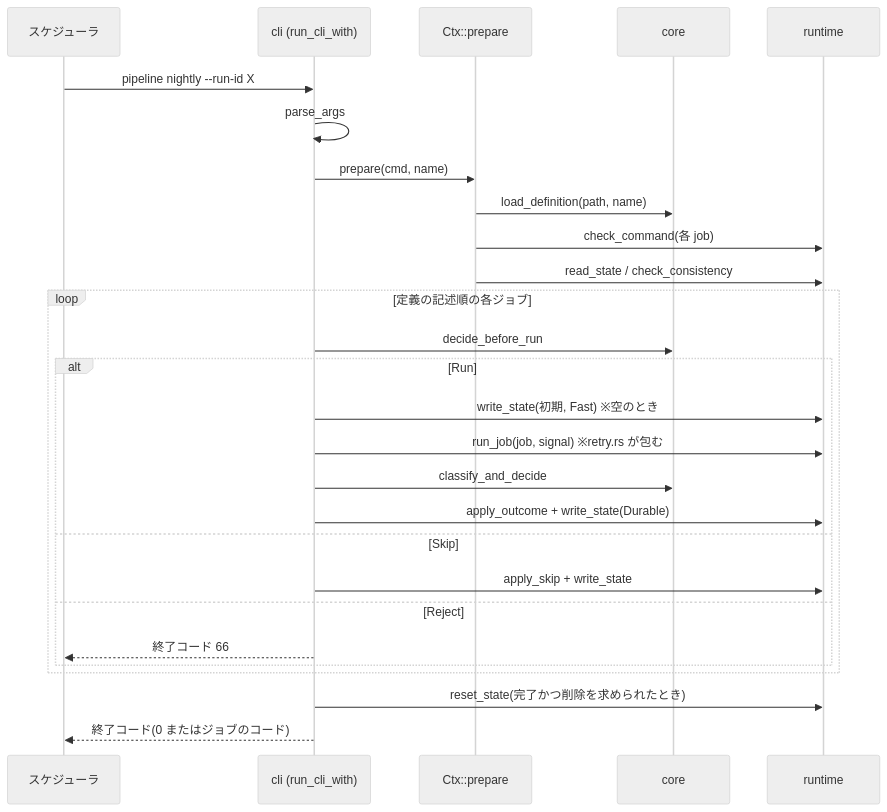
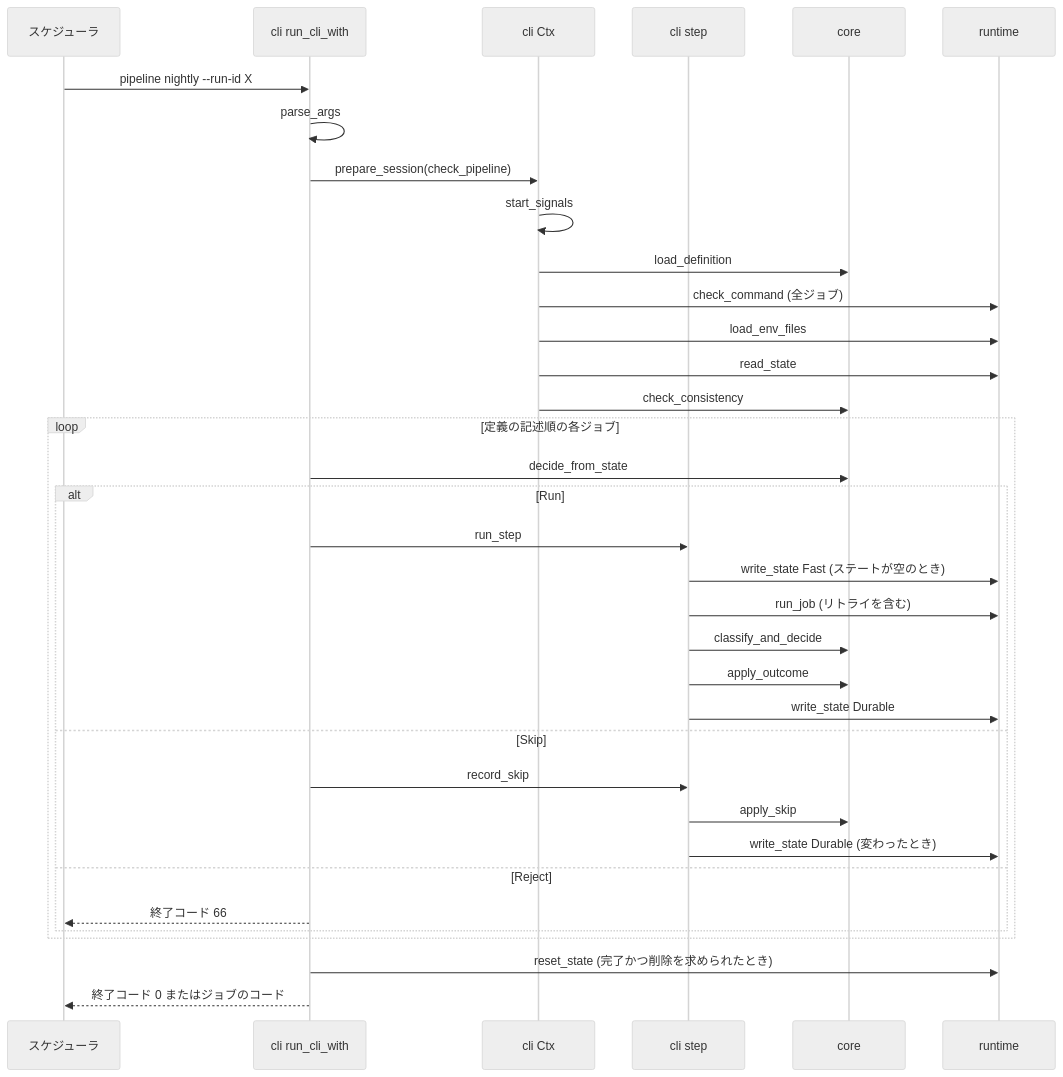
Before and after one commit to agwlvssainokuni/rust-job-conductor: the second of 4 diagrams in aidlc/spaces/default/codekb/rust-job-conductor/architecture.md, drawn with Mermaid (neutral theme). The commit also changed other lines of this file and 8 other files, not shown here.

````diff
--- a/aidlc/spaces/default/codekb/rust-job-conductor/architecture.md
+++ b/aidlc/spaces/default/codekb/rust-job-conductor/architecture.md
@@ -74,29 +81,37 @@
 ```mermaid
 sequenceDiagram
     participant U as スケジューラ
-    participant CLI as cli (run_cli_with)
-    participant CTX as Ctx::prepare
+    participant CLI as cli run_cli_with
+    participant CTX as cli Ctx
+    participant STEP as cli step
     participant CORE as core
     participant RT as runtime
     U->>CLI: pipeline nightly --run-id X
     CLI->>CLI: parse_args
-    CLI->>CTX: prepare(cmd, name)
-    CTX->>CORE: load_definition(path, name)
-    CTX->>RT: check_command(各 job)
-    CTX->>RT: read_state / check_consistency
+    CLI->>CTX: prepare_session(check_pipeline)
+    CTX->>CTX: start_signals
+    CTX->>CORE: load_definition
+    CTX->>RT: check_command (全ジョブ)
+    CTX->>RT: load_env_files
+    CTX->>RT: read_state
+    CTX->>CORE: check_consistency
     loop 定義の記述順の各ジョブ
-        CLI->>CORE: decide_before_run
+        CLI->>CORE: decide_from_state
         alt Run
-            CLI->>RT: write_state(初期, Fast) ※空のとき
-            CLI->>RT: run_job(job, signal) ※retry.rs が包む
-            CLI->>CORE: classify_and_decide
-            CLI->>RT: apply_outcome + write_state(Durable)
+            CLI->>STEP: run_step
+            STEP->>RT: write_state Fast (ステートが空のとき)
+            STEP->>RT: run_job (リトライを含む)
+            STEP->>CORE: classify_and_decide
+            STEP->>CORE: apply_outcome
+            STEP->>RT: write_state Durable
         else Skip
-            CLI->>RT: apply_skip + write_state
+            CLI->>STEP: record_skip
+            STEP->>CORE: apply_skip
+            STEP->>RT: write_state Durable (変わったとき)
         else Reject
             CLI-->>U: 終了コード 66
         end
     end
-    CLI->>RT: reset_state(完了かつ削除を求められたとき)
-    CLI-->>U: 終了コード(0 またはジョブのコード)
+    CLI->>RT: reset_state (完了かつ削除を求められたとき)
+    CLI-->>U: 終了コード 0 またはジョブのコード
 ```
````
